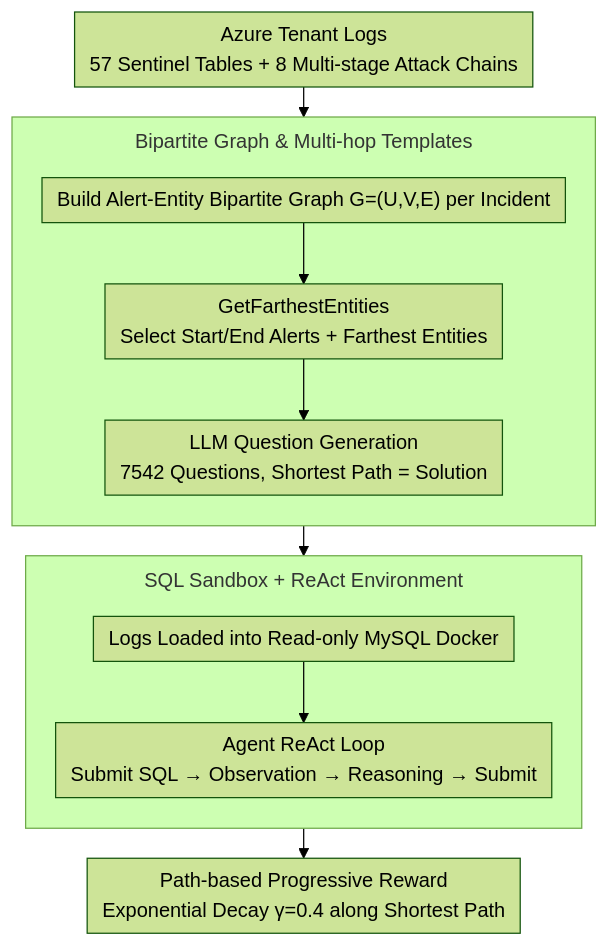
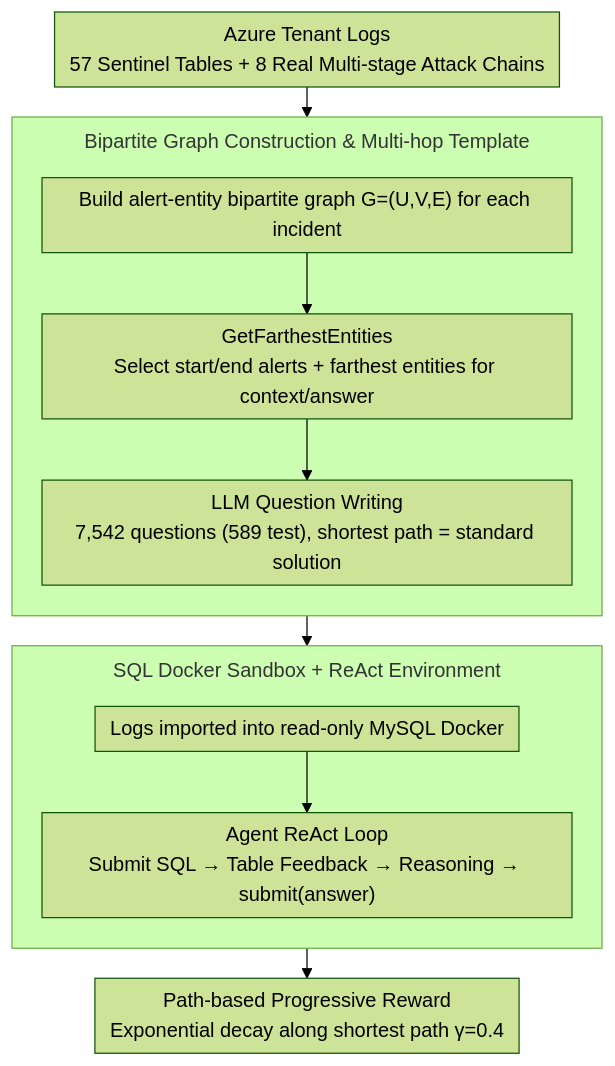
Before and after one commit to zhaoyang97/Paper-Notes-en: the diagram in docs/ICML2026/llm_agent/excytin-bench_evaluating_llm_agents_on_cyber_threat_investigation.md, drawn with Mermaid (forest theme). The commit also changed other lines of this file and 5084 other files, not shown here.

````diff
--- a/docs/ICML2026/llm_agent/excytin-bench_evaluating_llm_agents_on_cyber_threat_investigation.md
+++ b/docs/ICML2026/llm_agent/excytin-bench_evaluating_llm_agents_on_cyber_threat_investigation.md
@@ -45,16 +45,16 @@
 ```mermaid
 %%{init: {'flowchart': {'rankSpacing': 24, 'nodeSpacing': 28, 'padding': 6, 'wrappingWidth': 400, 'subGraphTitleMargin': {'top': 8, 'bottom': 16}}}}%%
 flowchart TD
-    A["Azure Tenant Logs<br/>57 Sentinel Tables + 8 Multi-stage Attack Chains"] --> B
-    subgraph QG["Bipartite Graph & Multi-hop Templates"]
+    A["Azure Tenant Logs<br/>57 Sentinel Tables + 8 Real Multi-stage Attack Chains"] --> B
+    subgraph QG["Bipartite Graph Construction & Multi-hop Template"]
         direction TB
-        B["Build Alert-Entity Bipartite Graph G=(U,V,E) per Incident"] --> C["GetFarthestEntities<br/>Select Start/End Alerts + Farthest Entities"]
-        C --> D["LLM Question Generation<br/>7542 Questions, Shortest Path = Solution"]
+        B["Build alert-entity bipartite graph G=(U,V,E) for each incident"] --> C["GetFarthestEntities<br/>Select start/end alerts + farthest entities for context/answer"]
+        C --> D["LLM Question Writing<br/>7,542 questions (589 test), shortest path = standard solution"]
     end
     D --> E
-    subgraph ENV["SQL Sandbox + ReAct Environment"]
+    subgraph ENV["SQL Docker Sandbox + ReAct Environment"]
         direction TB
-        E["Logs Loaded into Read-only MySQL Docker"] --> F["Agent ReAct Loop<br/>Submit SQL → Observation → Reasoning → Submit"]
+        E["Logs imported into read-only MySQL Docker"] --> F["Agent ReAct Loop<br/>Submit SQL → Table Feedback → Reasoning → submit(answer)"]
     end
-    F --> G["Path-based Progressive Reward<br/>Exponential Decay γ=0.4 along Shortest Path"]
+    F --> G["Path-based Progressive Reward<br/>Exponential decay along shortest path γ=0.4"]
 ```
````
